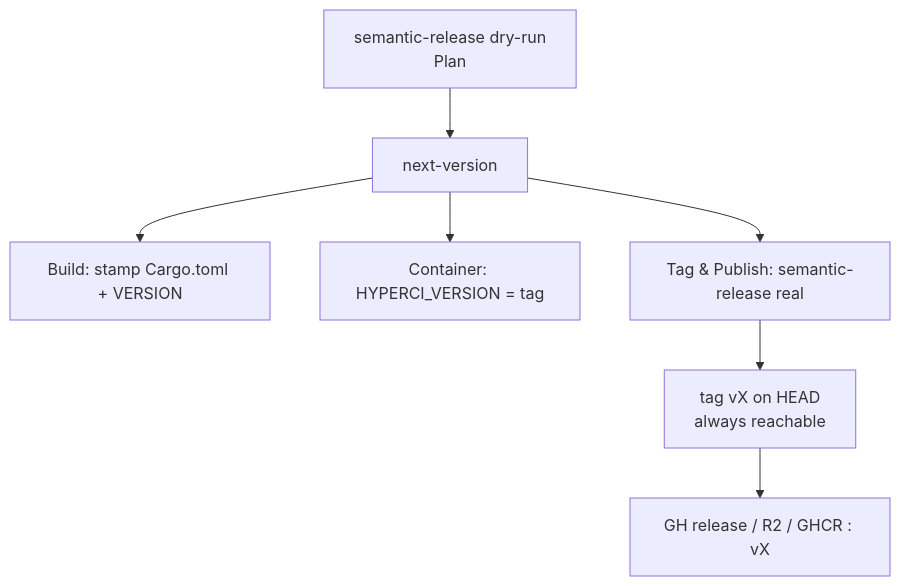
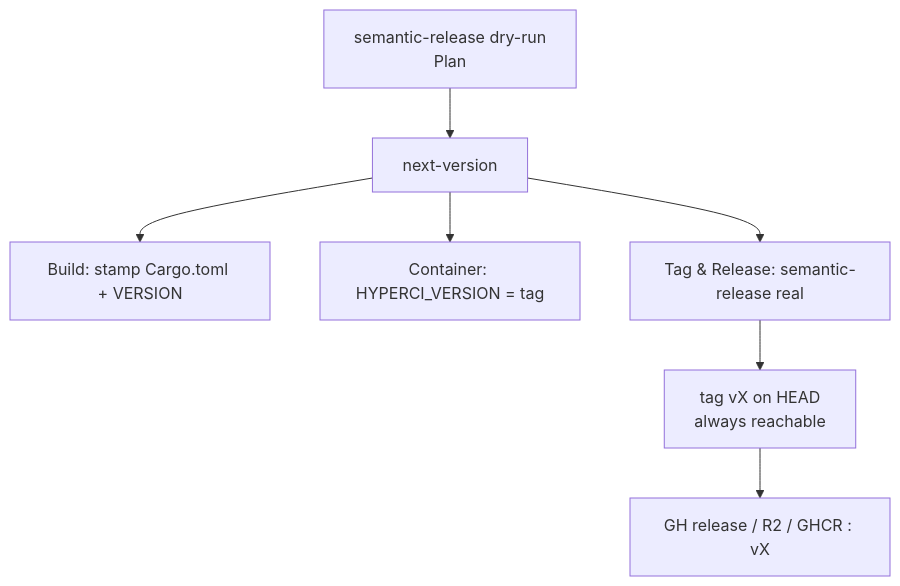
Before and after one commit to hyperi-io/hyperi-ci: the third of 7 diagrams in docs/flow.md, drawn with Mermaid. The commit also changed other lines of this file and 11 other files, not shown here.

````diff
--- a/docs/flow.md
+++ b/docs/flow.md
@@ -50,9 +50,9 @@
 ```mermaid
 flowchart TD
     SR[semantic-release dry-run<br/>Plan] --> NV[next-version]
     NV --> BS[Build: stamp Cargo.toml + VERSION]
     NV --> CV[Container: HYPERCI_VERSION = tag]
-    NV --> R[Tag & Publish: semantic-release real]
+    NV --> R[Tag & Release: semantic-release real]
     R --> T[tag vX on HEAD<br/>always reachable]
     T --> GH[GH release / R2 / GHCR : vX]
 ```
````
